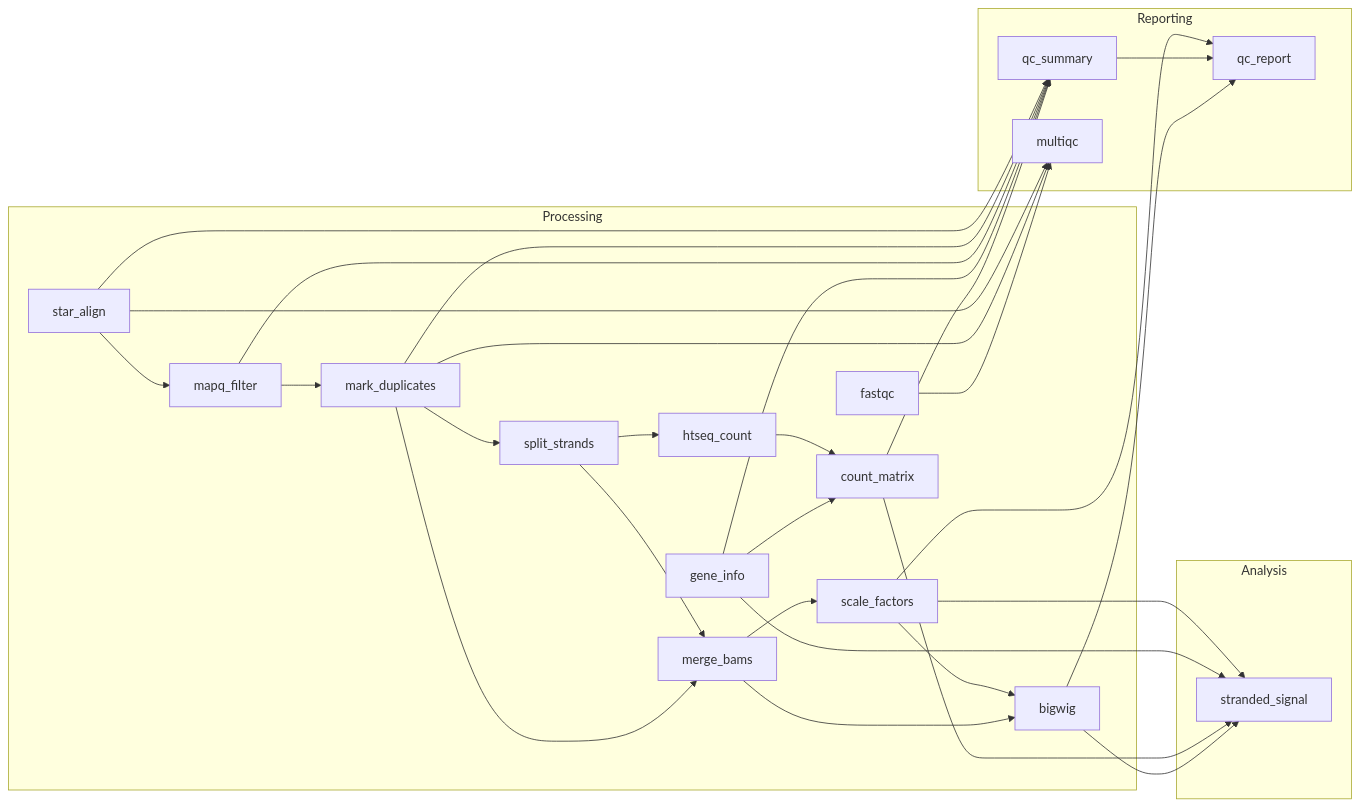
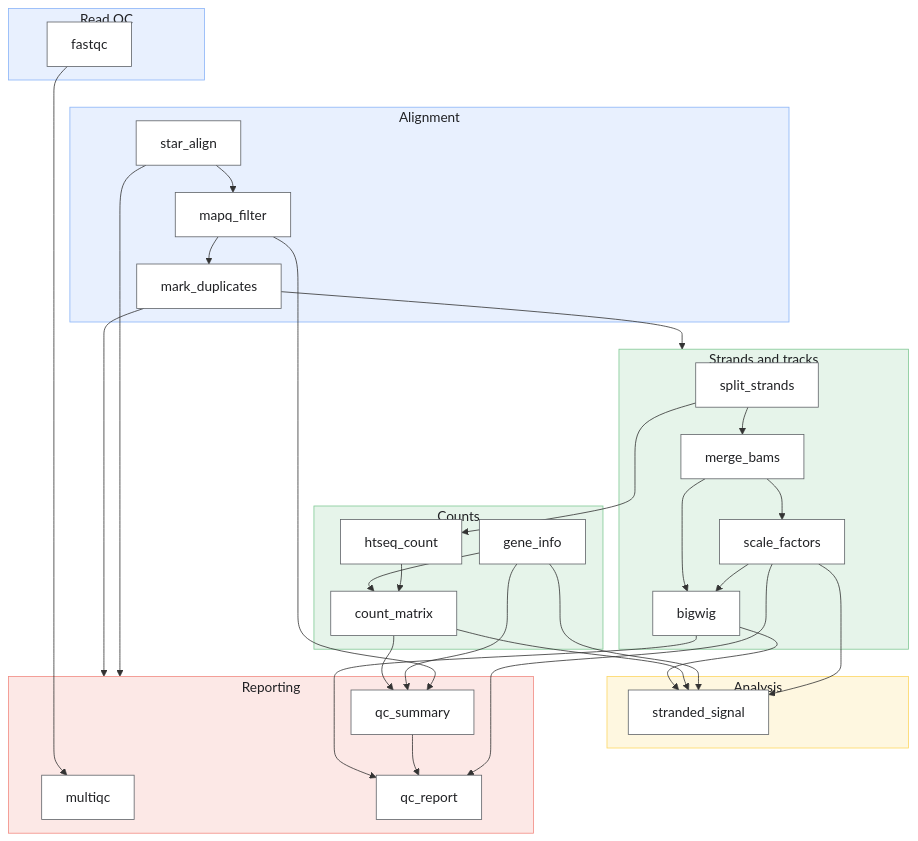
Before and after one commit to jpflores-13/TTpipe: the diagram in docs/img/dag_processing.mmd, drawn with Mermaid. The commit also changed 14 other files, not shown here.

Commit message:
Docs: drop tested/untested warnings; restyle rule graphs; fixture list and references

```diff
--- a/docs/img/dag_processing.mmd
+++ b/docs/img/dag_processing.mmd
@@ -1,49 +1,65 @@
 %% Processing only (run_analysis: false): generated by scripts/make_dag.py from `snakemake --rulegraph`; do not edit
-flowchart LR
-  subgraph Processing["Processing"]
+%%{init: {"themeVariables": {"fontSize": "17px"}, "flowchart": {"curve": "basis", "nodeSpacing": 22, "rankSpacing": 34}}}%%
+flowchart TB
+  subgraph stage_read_qc["Read QC"]
     fastqc[fastqc]
+  end
+  subgraph stage_alignment["Alignment"]
+    star_align[star_align]
+    mapq_filter[mapq_filter]
     mark_duplicates[mark_duplicates]
-    mapq_filter[mapq_filter]
-    star_align[star_align]
+  end
+  subgraph stage_strands_and_tracks["Strands and tracks"]
     split_strands[split_strands]
-    bigwig[bigwig]
     merge_bams[merge_bams]
     scale_factors[scale_factors]
+    bigwig[bigwig]
+  end
+  subgraph stage_counts["Counts"]
+    gene_info[gene_info]
+    htseq_count[htseq_count]
     count_matrix[count_matrix]
-    htseq_count[htseq_count]
-    gene_info[gene_info]
   end
-  subgraph Analysis["Analysis"]
+  subgraph stage_analysis["Analysis"]
     stranded_signal[stranded_signal]
   end
-  subgraph Reporting["Reporting"]
+  subgraph stage_reporting["Reporting"]
+    multiqc[multiqc]
+    qc_summary[qc_summary]
     qc_report[qc_report]
-    qc_summary[qc_summary]
-    multiqc[multiqc]
   end
   bigwig --> qc_report
   bigwig --> stranded_signal
   count_matrix --> qc_summary
   count_matrix --> stranded_signal
   fastqc --> multiqc
   gene_info --> count_matrix
   gene_info --> qc_summary
   gene_info --> stranded_signal
   htseq_count --> count_matrix
   mapq_filter --> mark_duplicates
   mapq_filter --> qc_summary
-  mark_duplicates --> merge_bams
-  mark_duplicates --> multiqc
-  mark_duplicates --> qc_summary
-  mark_duplicates --> split_strands
+  mark_duplicates --> stage_strands_and_tracks
+  mark_duplicates --> stage_reporting
   merge_bams --> bigwig
   merge_bams --> scale_factors
   qc_summary --> qc_report
   scale_factors --> bigwig
   scale_factors --> qc_report
   scale_factors --> stranded_signal
   split_strands --> htseq_count
   split_strands --> merge_bams
   star_align --> mapq_filter
-  star_align --> multiqc
-  star_align --> qc_summary
+  star_align --> stage_reporting
+  stage_read_qc ~~~ stage_alignment
+  stage_alignment ~~~ stage_strands_and_tracks
+  stage_strands_and_tracks ~~~ stage_analysis
+  stage_analysis ~~~ stage_reporting
+  classDef rule fill:#ffffff,stroke:#5f6368,color:#202124,stroke-width:1px
+  class fastqc,gene_info,star_align,mapq_filter,mark_duplicates,multiqc,split_strands,htseq_count,count_matrix,merge_bams,qc_summary,scale_factors,bigwig,qc_report,stranded_signal rule
+  style stage_read_qc fill:#e8f0fe,stroke:#8ab4f8,color:#202124
+  style stage_alignment fill:#e8f0fe,stroke:#8ab4f8,color:#202124
+  style stage_strands_and_tracks fill:#e6f4ea,stroke:#81c995,color:#202124
+  style stage_counts fill:#e6f4ea,stroke:#81c995,color:#202124
+  style stage_analysis fill:#fef7e0,stroke:#fdd663,color:#202124
+  style stage_reporting fill:#fce8e6,stroke:#f28b82,color:#202124
```
